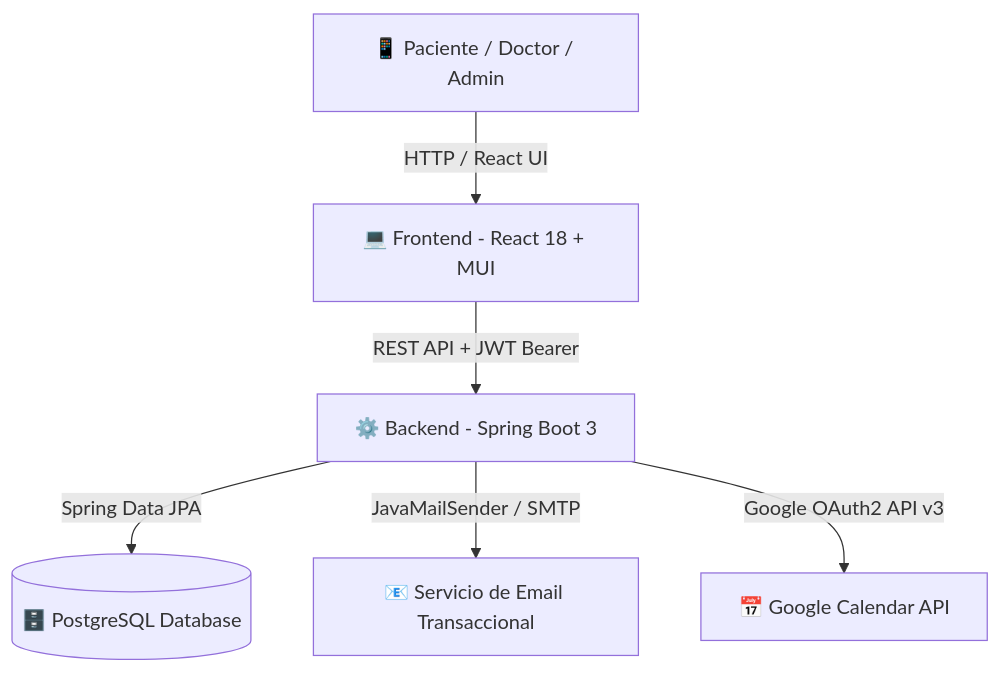
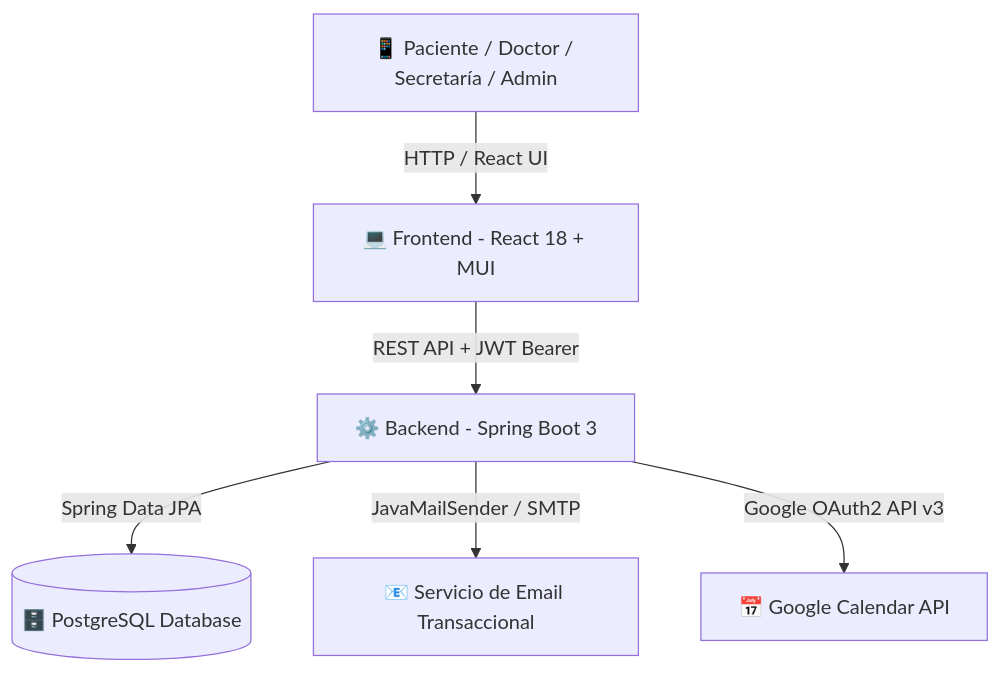
One commit to Agusgallegos16/Clinical-Appointment-Platform changed the diagram in README.md. Above: the diagram before and after it, drawn with Mermaid. The commit also changed other lines of this file and 47 other files, not shown here.

````diff
--- a/README.md
+++ b/README.md
@@ -65,8 +71,8 @@
 ```mermaid
 graph TD
-    User[📱 Paciente / Doctor / Admin] -->|HTTP / React UI| FE[💻 Frontend - React 18 + MUI]
+    User[📱 Paciente / Doctor / Secretaría / Admin] -->|HTTP / React UI| FE[💻 Frontend - React 18 + MUI]
     FE -->|REST API + JWT Bearer| BE[⚙️ Backend - Spring Boot 3]
     BE -->|Spring Data JPA| DB[(🗄️ PostgreSQL Database)]
     BE -->|JavaMailSender / SMTP| Mail[📧 Servicio de Email Transaccional]
     BE -->|Google OAuth2 API v3| GCal[📅 Google Calendar API]
 ```
````
